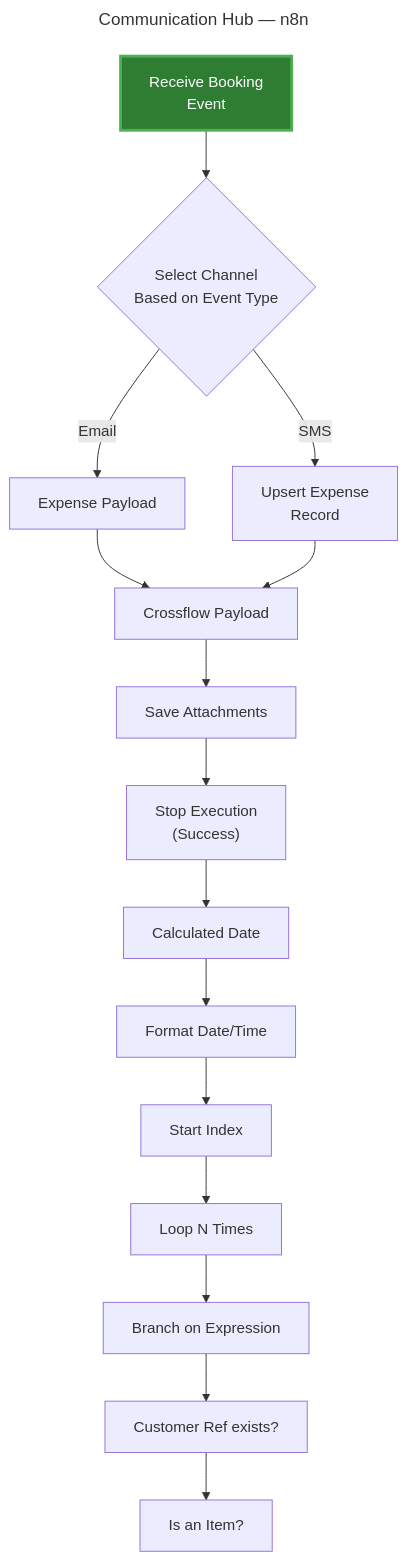
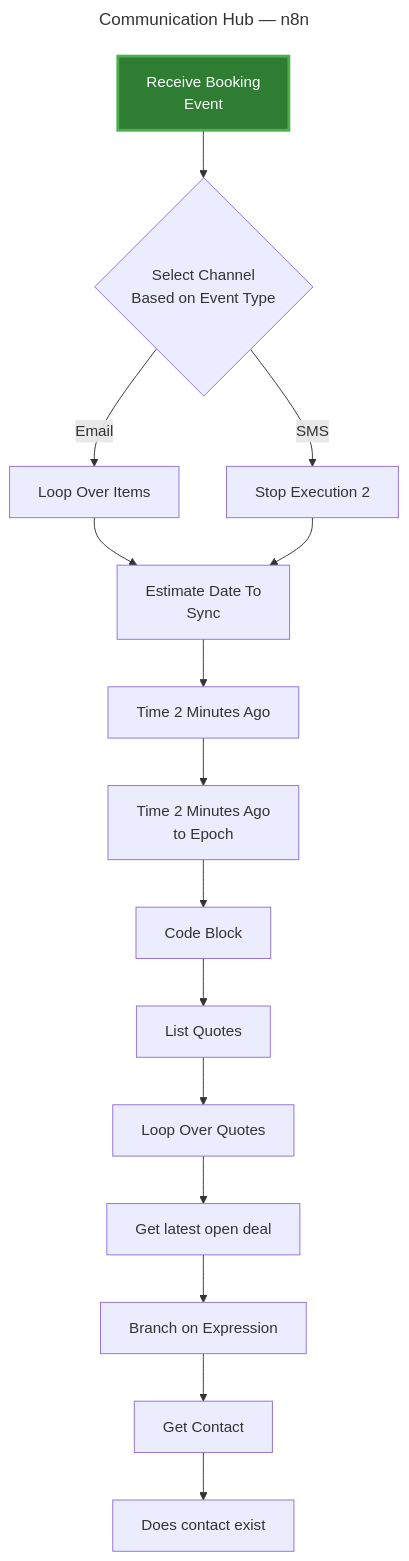
Before and after one commit to animaesuriens/home-service-os: the diagram in linkedin-posts/_pipeline/mermaid/diagrams/communication-hub-n8n.mmd, drawn with Mermaid. The commit also changed 25 other files, not shown here.

First line of the commit message:
fix(15-05): extend legacy Mermaid generator to 676-node alphabet

```diff
--- a/linkedin-posts/_pipeline/mermaid/diagrams/communication-hub-n8n.mmd
+++ b/linkedin-posts/_pipeline/mermaid/diagrams/communication-hub-n8n.mmd
@@ -1,35 +1,35 @@
 ---
 title: Communication Hub — n8n
 ---
 flowchart TD
     A["Receive Booking\nEvent"]:::trigger
     B{"Select Channel\nBased on Event Type"}
-    C["Expense Payload"]
-    D["Upsert Expense\nRecord"]
-    E["Crossflow Payload"]
-    F["Save Attachments"]
-    G["Stop Execution\n(Success)"]
-    H["Calculated Date"]
-    I["Format Date/Time"]
-    J["Start Index"]
-    K["Loop N Times"]
+    C["Loop Over Items"]
+    D["Stop Execution 2"]
+    E["Estimate Date To\nSync"]
+    F["Time 2 Minutes Ago"]
+    G["Time 2 Minutes Ago\nto Epoch"]
+    H["Code Block"]
+    I["List Quotes"]
+    J["Loop Over Quotes"]
+    K["Get latest open deal"]
     L["Branch on Expression"]
-    M["Customer Ref exists?"]
-    N["Is an Item?"]
+    M["Get Contact"]
+    N["Does contact exist"]
 
     A --> B
     B -->|Email| C
     B -->|SMS| D
     C --> E
     D --> E
     E --> F
     F --> G
     G --> H
     H --> I
     I --> J
     J --> K
     K --> L
     L --> M
     M --> N
 
     classDef trigger fill:#2E7D32,stroke:#4CAF50,stroke-width:3px,color:#fff
```
